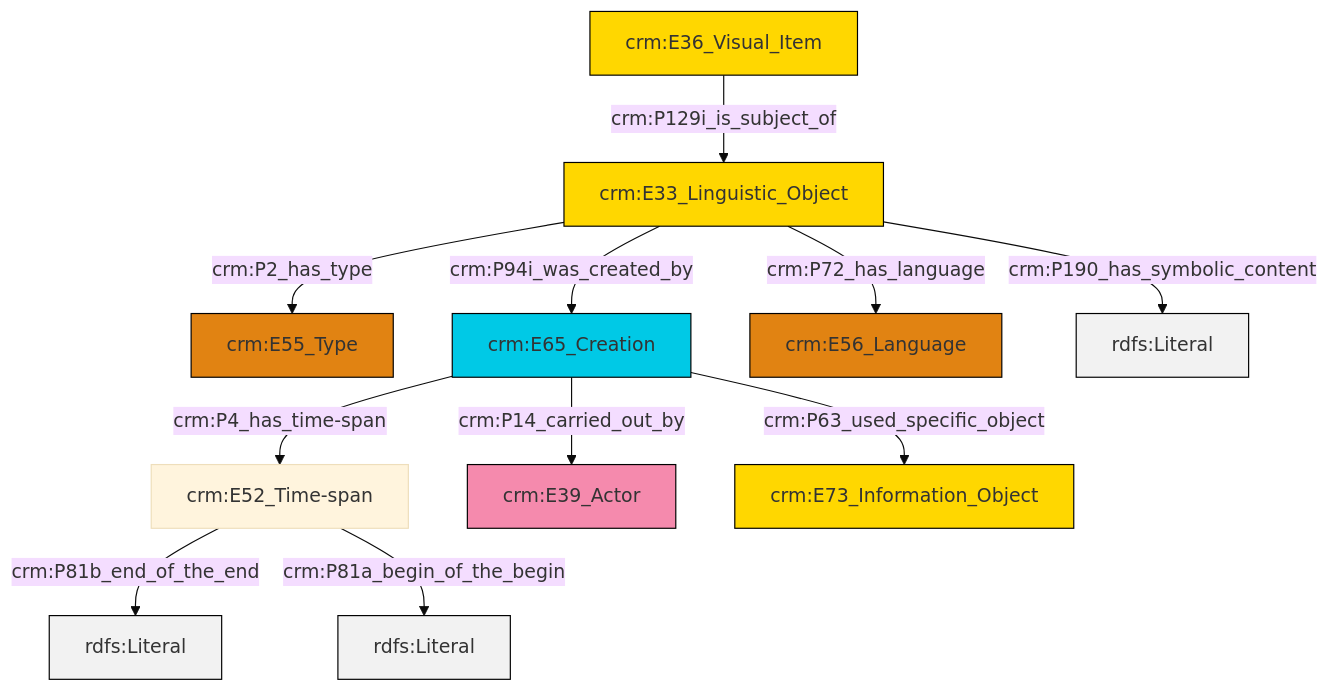
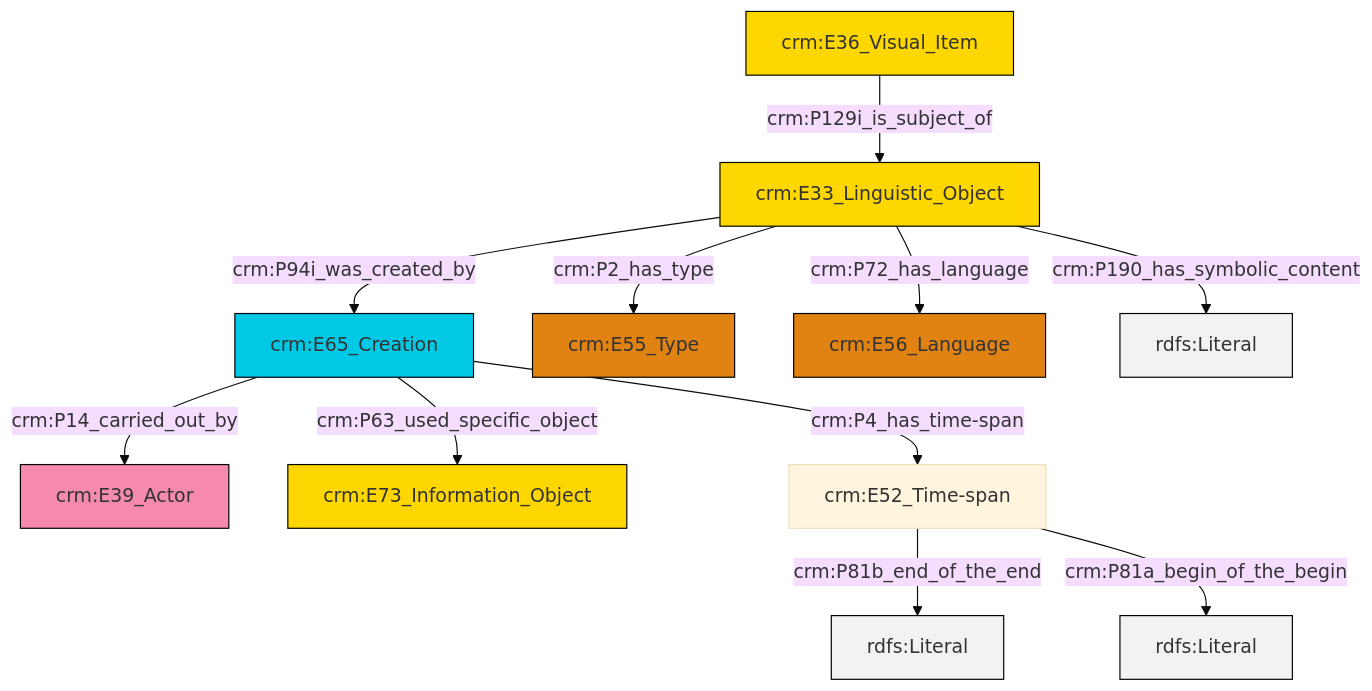
One commit to swiss-art-research-net/docs.swissartresearch changed the diagram in et/imgCSV/ttl/mmd/img_desc.ttl.mmd. Above: the diagram before and after it, drawn with Mermaid (base theme). The commit also changed 204 other files, not shown here.

```diff
--- a/et/imgCSV/ttl/mmd/img_desc.ttl.mmd
+++ b/et/imgCSV/ttl/mmd/img_desc.ttl.mmd
@@ -1,25 +1,25 @@
 graph TD
 classDef Literal fill:#f2f2f2,stroke:#000000;
 classDef CRM_Entity fill:#FFFFFF,stroke:#000000;
 classDef Temporal_Entity fill:#00C9E6, stroke:#000000;
 classDef Type fill:#E18312, stroke:#000000;
 classDef Time-Span fill:#2C9C91, stroke:#000000;
 classDef Appellation fill:#FFEB7F, stroke:#000000;
 classDef Place fill:#008836, stroke:#000000;
 classDef Persistent_Item fill:#B266B2, stroke:#000000;
 classDef Conceptual_Object fill:#FFD700, stroke:#000000;
 classDef Physical_Thing fill:#D2B48C, stroke:#000000;
 classDef Actor fill:#f58aad, stroke:#000000;
 classDef PC_Classes fill:#4ce600, stroke:#000000;
 classDef Multi fill:#cccccc,stroke:#000000;
 
-6["crm:E33_Linguistic_Object"]:::Conceptual_Object -->|crm:P94i_was_created_by| 4["crm:E65_Creation"]:::Temporal_Entity
-6["crm:E33_Linguistic_Object"]:::Conceptual_Object -->|crm:P72_has_language| 7["crm:E56_Language"]:::Type
-6["crm:E33_Linguistic_Object"]:::Conceptual_Object -->|crm:P190_has_symbolic_content| 8[rdfs:Literal]:::Literal
-4["crm:E65_Creation"]:::Temporal_Entity -->|crm:P14_carried_out_by| 11["crm:E39_Actor"]:::Actor
-0["crm:E52_Time-span"]:::Default -->|crm:P81b_end_of_the_end| 12[rdfs:Literal]:::Literal
-4["crm:E65_Creation"]:::Temporal_Entity -->|crm:P63_used_specific_object| 13["crm:E73_Information_Object"]:::Conceptual_Object
-6["crm:E33_Linguistic_Object"]:::Conceptual_Object -->|crm:P2_has_type| 2["crm:E55_Type"]:::Type
-16["crm:E36_Visual_Item"]:::Conceptual_Object -->|crm:P129i_is_subject_of| 6["crm:E33_Linguistic_Object"]:::Conceptual_Object
-4["crm:E65_Creation"]:::Temporal_Entity -->|crm:P4_has_time-span| 0["crm:E52_Time-span"]:::Default
-0["crm:E52_Time-span"]:::Default -->|crm:P81a_begin_of_the_begin| 18[rdfs:Literal]:::Literal
+0["crm:E65_Creation"]:::Temporal_Entity -->|crm:P14_carried_out_by| 1["crm:E39_Actor"]:::Actor
+0["crm:E65_Creation"]:::Temporal_Entity -->|crm:P63_used_specific_object| 4["crm:E73_Information_Object"]:::Conceptual_Object
+2["crm:E36_Visual_Item"]:::Conceptual_Object -->|crm:P129i_is_subject_of| 5["crm:E33_Linguistic_Object"]:::Conceptual_Object
+5["crm:E33_Linguistic_Object"]:::Conceptual_Object -->|crm:P94i_was_created_by| 0["crm:E65_Creation"]:::Temporal_Entity
+5["crm:E33_Linguistic_Object"]:::Conceptual_Object -->|crm:P2_has_type| 9["crm:E55_Type"]:::Type
+7["crm:E52_Time-span"]:::Default -->|crm:P81b_end_of_the_end| 10[rdfs:Literal]:::Literal
+5["crm:E33_Linguistic_Object"]:::Conceptual_Object -->|crm:P72_has_language| 11["crm:E56_Language"]:::Type
+7["crm:E52_Time-span"]:::Default -->|crm:P81a_begin_of_the_begin| 13[rdfs:Literal]:::Literal
+5["crm:E33_Linguistic_Object"]:::Conceptual_Object -->|crm:P190_has_symbolic_content| 17[rdfs:Literal]:::Literal
+0["crm:E65_Creation"]:::Temporal_Entity -->|crm:P4_has_time-span| 7["crm:E52_Time-span"]:::Default
```
